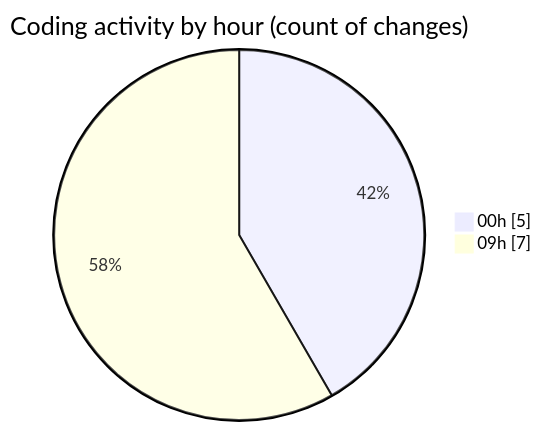
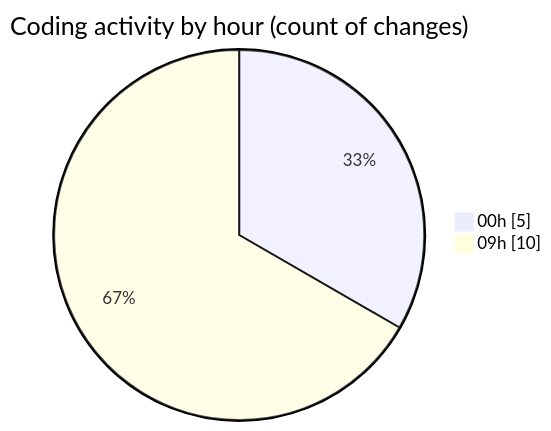
One commit to julien-gomy/code-tracking changed the second of 2 diagrams in 2025-11-19/eventscop-frontend-guide__workspace_/README.md. Above: the diagram before and after it, drawn with Mermaid. The commit also changed other lines of this file and 1 other file, not shown here.

````diff
--- a/2025-11-19/eventscop-frontend-guide__workspace_/README.md
+++ b/2025-11-19/eventscop-frontend-guide__workspace_/README.md
@@ -38,6 +40,6 @@
 ```mermaid
 pie showData
 title Coding activity by hour (count of changes)
 "00h" : 5
-"09h" : 7
+"09h" : 10
 ```
````
